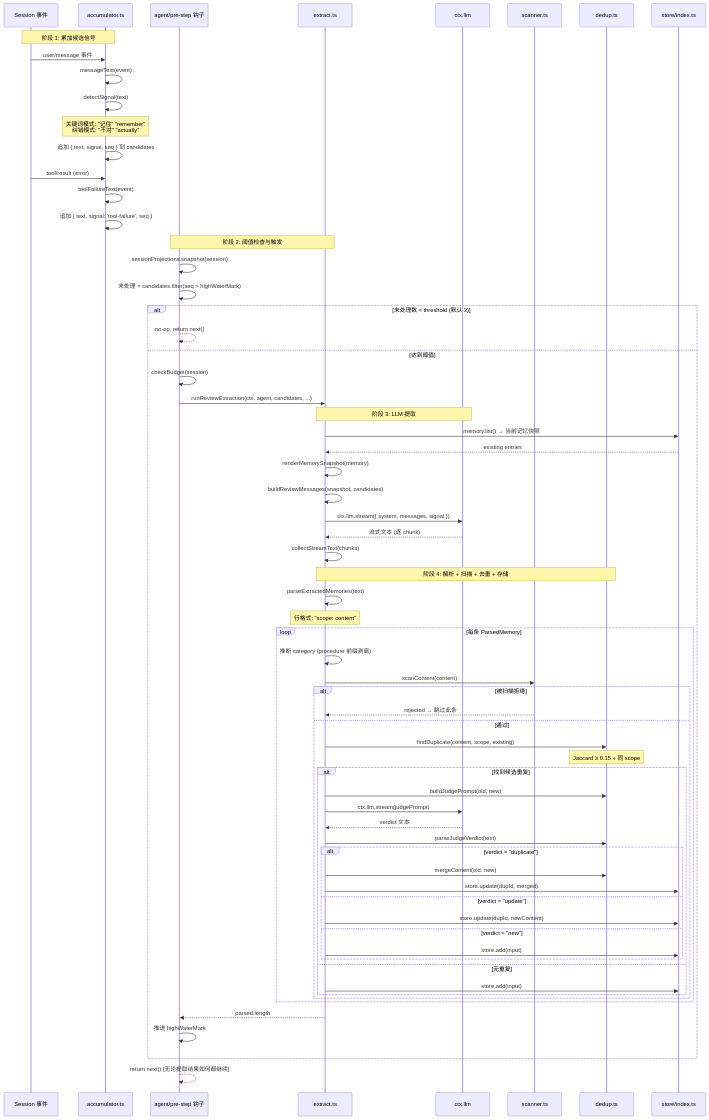
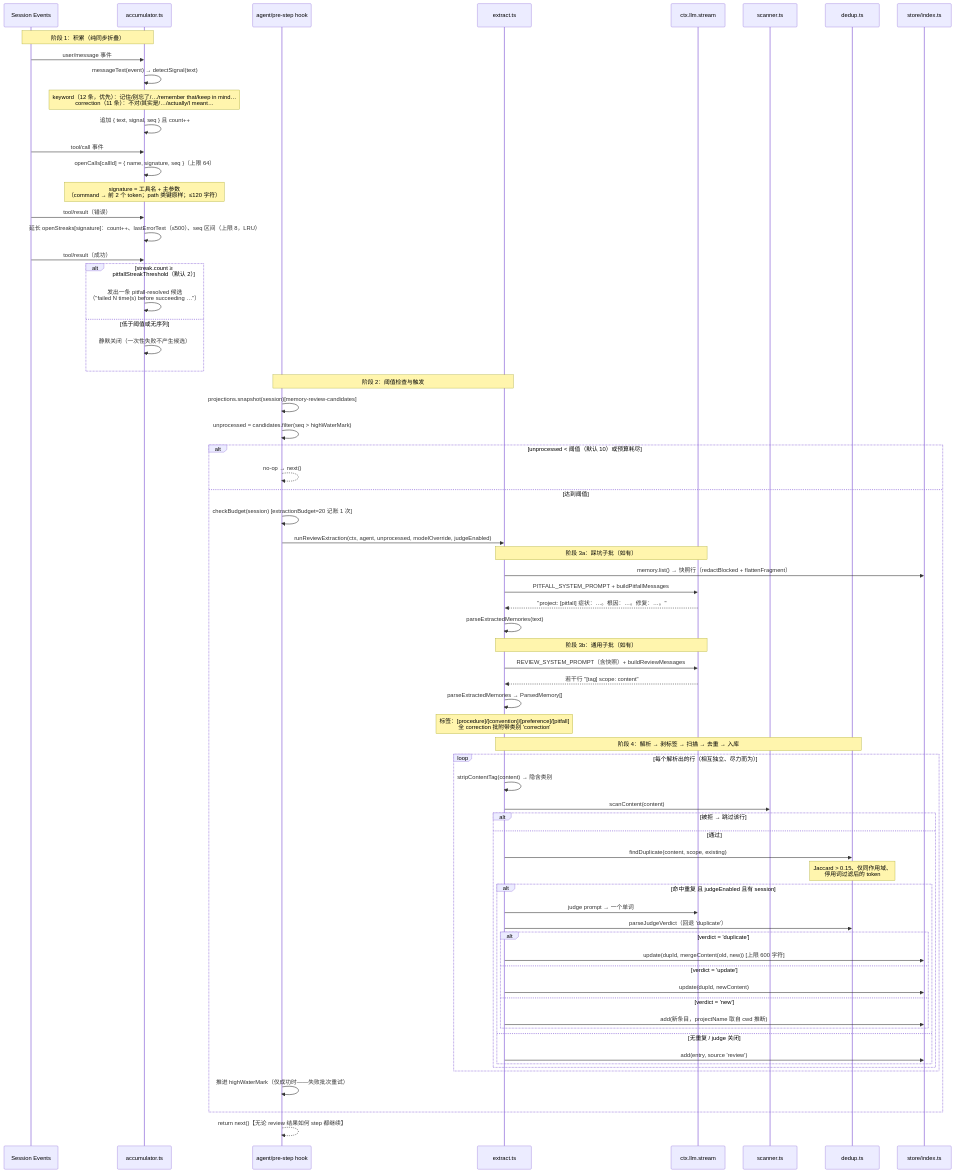
The fourth of 14 diagrams in docs/SEQUENCE_DIAGRAMS.zh-CN.md (chenhw7/dsh-memory), drawn with Mermaid before and after one commit. The commit also changed other lines of this file and 5 other files, not shown here.

First line of the commit message:
docs: sync README / TECH_DESIGN / SEQUENCE_DIAGRAMS with the v0.3.0 implementation

````diff
--- a/docs/SEQUENCE_DIAGRAMS.zh-CN.md
+++ b/docs/SEQUENCE_DIAGRAMS.zh-CN.md
@@ -139,83 +157,81 @@
 ```mermaid
 sequenceDiagram
-    participant SE as Session 事件
+    participant SE as Session Events
     participant Acc as accumulator.ts
-    participant Pre as agent/pre-step 钩子
+    participant Pre as agent/pre-step hook
     participant Ext as extract.ts
-    participant LLM as ctx.llm
+    participant LLM as ctx.llm.stream
     participant Scanner as scanner.ts
     participant Dedup as dedup.ts
     participant Store as store/index.ts
 
-    Note over SE,Acc: 阶段 1: 累加候选信号
+    Note over SE,Acc: 阶段 1：积累（纯同步折叠）
 
     SE->>Acc: user/message 事件
-    Acc->>Acc: messageText(event)
-    Acc->>Acc: detectSignal(text)
-    Note over Acc: 关键词模式: "记住" "remember"<br/>纠错模式: "不对" "actually"
-    Acc->>Acc: 追加 { text, signal, seq } 到 candidates
+    Acc->>Acc: messageText(event) → detectSignal(text)
+    Note over Acc: keyword（12 条，优先）：记住/别忘了/…/remember that/keep in mind…<br/>correction（11 条）：不对/其实是/…/actually/I meant…
+    Acc->>Acc: 追加 { text, signal, seq } 且 count++
 
-    SE->>Acc: tool/result (error)
-    Acc->>Acc: toolFailureText(event)
-    Acc->>Acc: 追加 { text, signal: 'tool-failure', seq }
+    SE->>Acc: tool/call 事件
+    Acc->>Acc: openCalls[callId] = { name, signature, seq }（上限 64）
+    Note over Acc: signature = 工具名 + 主参数<br/>（command → 前 2 个 token；path 类键原样；≤120 字符）
 
-    Note over Pre,Ext: 阶段 2: 阈值检查与触发
+    SE->>Acc: tool/result（错误）
+    Acc->>Acc: 延长 openStreaks[signature]：count++、lastErrorText（≤500）、seq 区间（上限 8，LRU）
+    SE->>Acc: tool/result（成功）
+    alt streak.count ≥ pitfallStreakThreshold（默认 2）
+        Acc->>Acc: 发出一条 pitfall-resolved 候选<br/>（"failed N time(s) before succeeding …"）
+    else 低于阈值或无序列
+        Acc->>Acc: 静默关闭（一次性失败不产生候选）
+    end
 
-    Pre->>Pre: sessionProjections.snapshot(session)
-    Pre->>Pre: 未处理 = candidates.filter(seq > highWaterMark)
-    alt 未处理数 < threshold (默认 3)
-        Pre-->>Pre: no-op, return next()
+    Note over Pre,Ext: 阶段 2：阈值检查与触发
+
+    Pre->>Pre: projections.snapshot(session)[memory-review-candidates]
+    Pre->>Pre: unprocessed = candidates.filter(seq > highWaterMark)
+    alt unprocessed < 阈值（默认 10）或预算耗尽
+        Pre-->>Pre: no-op → next()
     else 达到阈值
-        Pre->>Pre: checkBudget(session)
-        Pre->>Ext: runReviewExtraction(ctx, agent, candidates, ...)
+        Pre->>Pre: checkBudget(session) [extractionBudget=20 记账 1 次]
+        Pre->>Ext: runReviewExtraction(ctx, agent, unprocessed, modelOverride, judgeEnabled)
 
-        Note over Ext,LLM: 阶段 3: LLM 提取
+        Note over Ext,LLM: 阶段 3a：踩坑子批（如有）
+        Ext->>Store: memory.list() → 快照行（redactBlocked + flattenFragment）
+        Ext->>LLM: PITFALL_SYSTEM_PROMPT + buildPitfallMessages
+        LLM-->>Ext: "project: [pitfall] 症状：…。根因：…。修复：…。"
+        Ext->>Ext: parseExtractedMemories(text)
 
-        Ext->>Store: memory.list() → 当前记忆快照
-        Store-->>Ext: existing entries
-        Ext->>Ext: renderMemorySnapshot(memory)
-        Ext->>Ext: buildReviewMessages(snapshot, candidates)
-        Ext->>LLM: ctx.llm.stream({ system, messages, signal })
-        LLM-->>Ext: 流式文本 (逐 chunk)
-        Ext->>Ext: collectStreamText(chunks)
+        Note over Ext,LLM: 阶段 3b：通用子批（如有）
+        Ext->>LLM: REVIEW_SYSTEM_PROMPT（含快照）+ buildReviewMessages
+        LLM-->>Ext: 若干行 "[tag] scope: content"
+        Ext->>Ext: parseExtractedMemories → ParsedMemory[]
+        Note over Ext: 标签：[procedure]/[convention]/[preference]/[pitfall]<br/>全 correction 批附带类别 'correction'
 
-        Note over Ext,Dedup: 阶段 4: 解析 + 扫描 + 去重 + 存储
-
-        Ext->>Ext: parseExtractedMemories(text)
-        Note over Ext: 行格式: "scope: content"
-
-        loop 每条 ParsedMemory
-            Ext->>Ext: 推断 category (procedure 前缀剥离)
+        Note over Ext,Dedup: 阶段 4：解析 → 剥标签 → 扫描 → 去重 → 入库
+        loop 每个解析出的行（相互独立、尽力而为）
+            Ext->>Ext: stripContentTag(content) → 隐含类别
             Ext->>Scanner: scanContent(content)
-            alt 被扫描拒绝
-                Scanner-->>Ext: rejected → 跳过此条
+            alt 被拒 → 跳过该行
             else 通过
                 Ext->>Dedup: findDuplicate(content, scope, existing)
-                Note over Dedup: Jaccard ≥ 0.15 + 同 scope
-
-                alt 找到候选重复
-                    Ext->>Dedup: buildJudgePrompt(old, new)
-                    Ext->>LLM: ctx.llm.stream(judgePrompt)
-                    LLM-->>Ext: verdict 文本
-                    Ext->>Dedup: parseJudgeVerdict(text)
-
-                    alt verdict = "duplicate"
-                        Ext->>Dedup: mergeContent(old, new)
-                        Ext->>Store: store.update(dupId, merged)
-                    else verdict = "update"
-                        Ext->>Store: store.update(dupId, newContent)
-                    else verdict = "new"
-                        Ext->>Store: store.add(input)
+                Note over Dedup: Jaccard > 0.15、仅同作用域、<br/>停用词过滤后的 token
+                alt 命中重复 且 judgeEnabled 且有 session
+                    Ext->>LLM: judge prompt → 一个单词
+                    Ext->>Dedup: parseJudgeVerdict（回退 'duplicate'）
+                    alt verdict = 'duplicate'
+                        Ext->>Store: update(dupId, mergeContent(old, new)) [上限 600 字符]
+                    else verdict = 'update'
+                        Ext->>Store: update(dupId, newContent)
+                    else verdict = 'new'
+                        Ext->>Store: add(新条目，projectName 取自 cwd 推断)
                     end
-                else 无重复
-                    Ext->>Store: store.add(input)
+                else 无重复 / judge 关闭
+                    Ext->>Store: add(entry, source 'review')
                 end
             end
         end
-
-        Ext-->>Pre: parsed.length
-        Pre->>Pre: 推进 highWaterMark
+        Pre->>Pre: 推进 highWaterMark（仅成功时——失败批次重试）
     end
 
-    Pre-->>Pre: return next() [无论提取结果如何都继续]
+    Pre-->>Pre: return next()【无论 review 结果如何 step 都继续】
 ```
````
